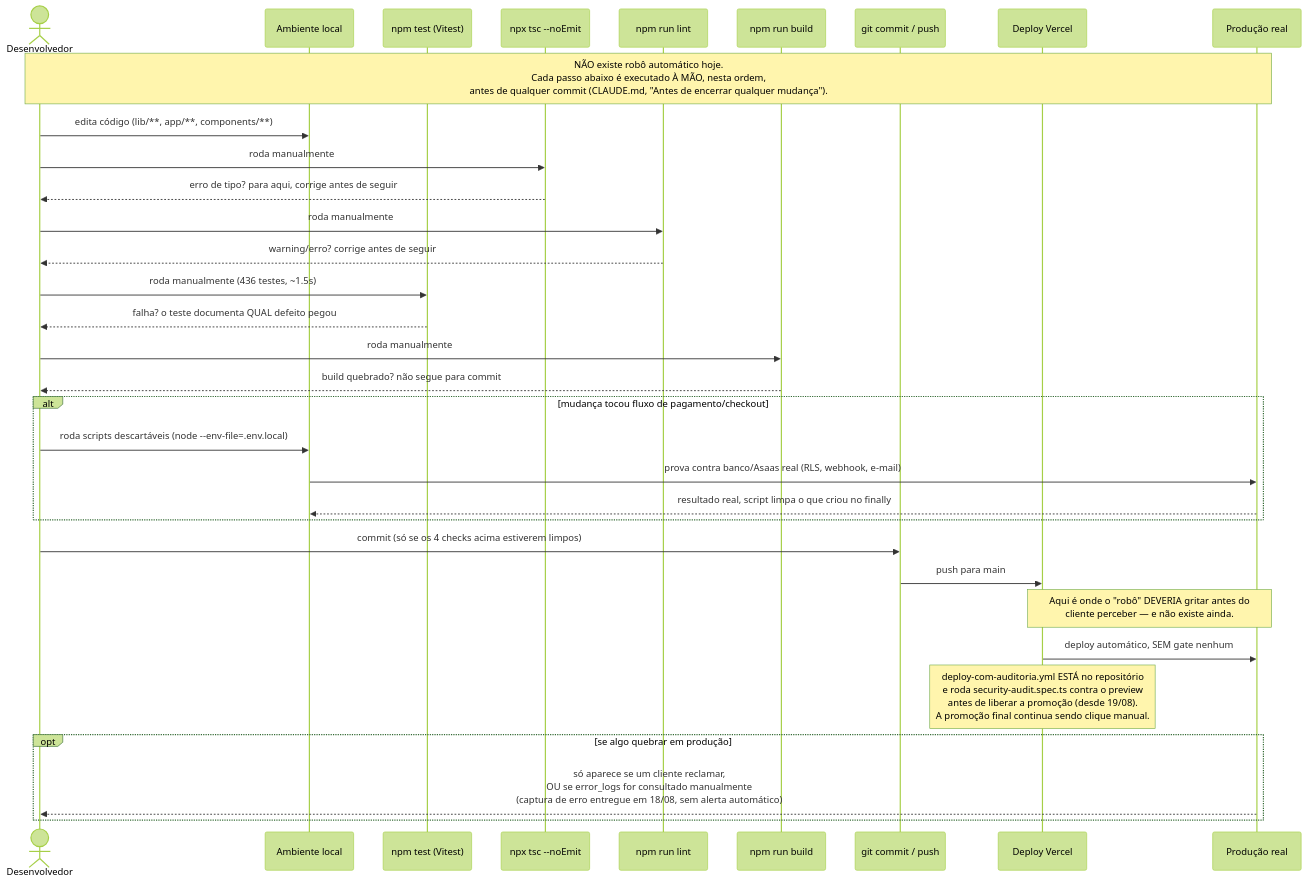
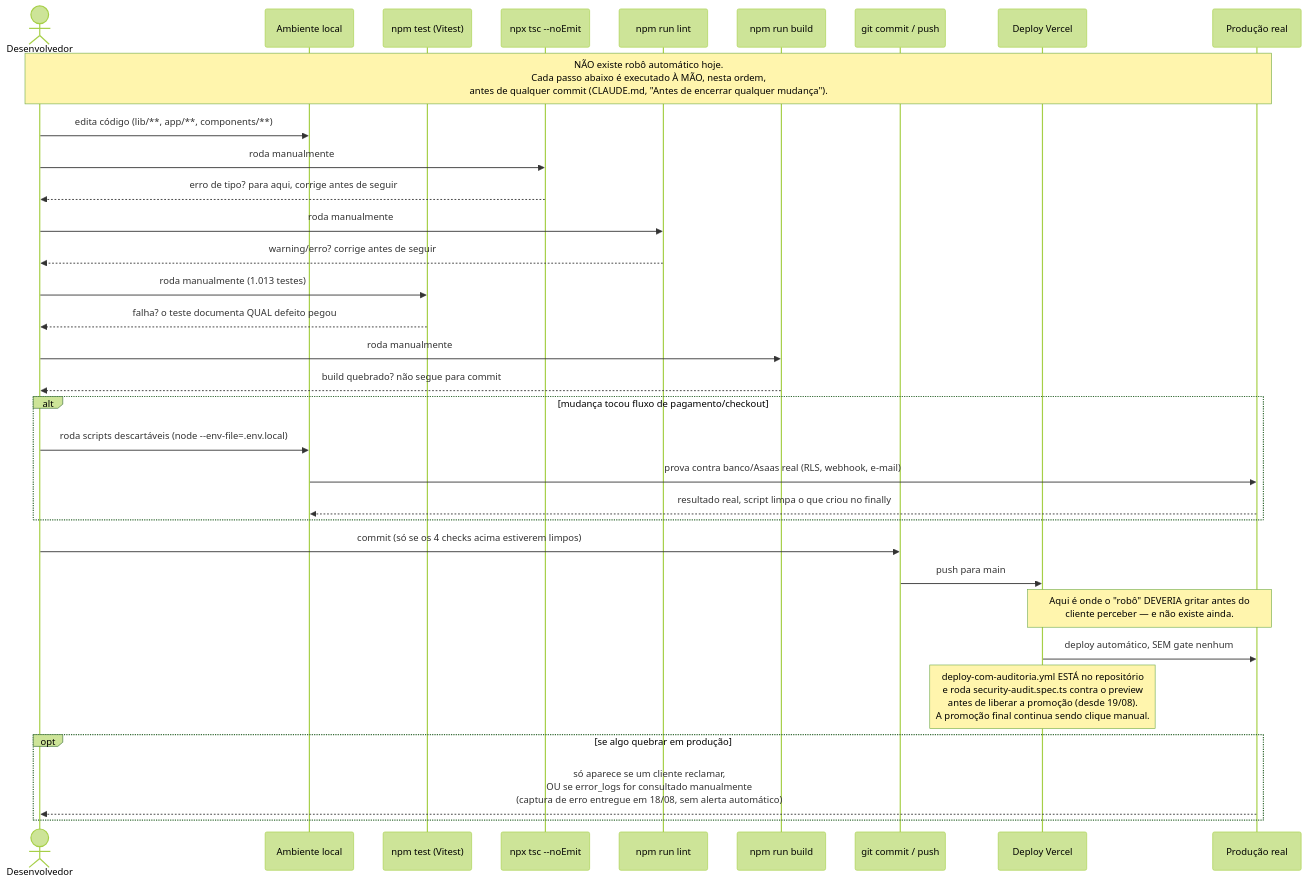
The second of 2 diagrams in docs/testes.md (rickcruzzz/closify-crm), drawn with Mermaid (forest theme) before and after one commit. The commit also changed other lines of this file and 5 other files, not shown here.

````diff
--- a/docs/testes.md
+++ b/docs/testes.md
@@ -140,42 +164,42 @@
 ```mermaid
 sequenceDiagram
     actor Dev as Desenvolvedor
     participant Local as Ambiente local
     participant Vitest as npm test (Vitest)
     participant TSC as npx tsc --noEmit
     participant Lint as npm run lint
     participant Build as npm run build
     participant Git as git commit / push
     participant Vercel as Deploy Vercel
     participant Prod as Produção real
 
     Note over Dev,Prod: NÃO existe robô automático hoje.<br/>Cada passo abaixo é executado À MÃO, nesta ordem,<br/>antes de qualquer commit (CLAUDE.md, "Antes de encerrar qualquer mudança").
 
     Dev->>Local: edita código (lib/**, app/**, components/**)
     Dev->>TSC: roda manualmente
     TSC-->>Dev: erro de tipo? para aqui, corrige antes de seguir
     Dev->>Lint: roda manualmente
     Lint-->>Dev: warning/erro? corrige antes de seguir
-    Dev->>Vitest: roda manualmente (436 testes, ~1.5s)
+    Dev->>Vitest: roda manualmente (1.013 testes)
     Vitest-->>Dev: falha? o teste documenta QUAL defeito pegou
     Dev->>Build: roda manualmente
     Build-->>Dev: build quebrado? não segue para commit
 
     alt mudança tocou fluxo de pagamento/checkout
         Dev->>Local: roda scripts descartáveis (node --env-file=.env.local)
         Local->>Prod: prova contra banco/Asaas real (RLS, webhook, e-mail)
         Prod-->>Local: resultado real, script limpa o que criou no finally
     end
 
     Dev->>Git: commit (só se os 4 checks acima estiverem limpos)
     Git->>Vercel: push para main
 
     Note over Vercel,Prod: Aqui é onde o "robô" DEVERIA gritar antes do<br/>cliente perceber — e não existe ainda.
 
     Vercel->>Prod: deploy automático, SEM gate nenhum
     Note over Vercel: deploy-com-auditoria.yml ESTÁ no repositório<br/>e roda security-audit.spec.ts contra o preview<br/>antes de liberar a promoção (desde 19/08).<br/>A promoção final continua sendo clique manual.
 
     opt se algo quebrar em produção
         Prod-->>Dev: só aparece se um cliente reclamar,<br/>OU se error_logs for consultado manualmente<br/>(captura de erro entregue em 18/08, sem alerta automático)
     end
 ```
````
